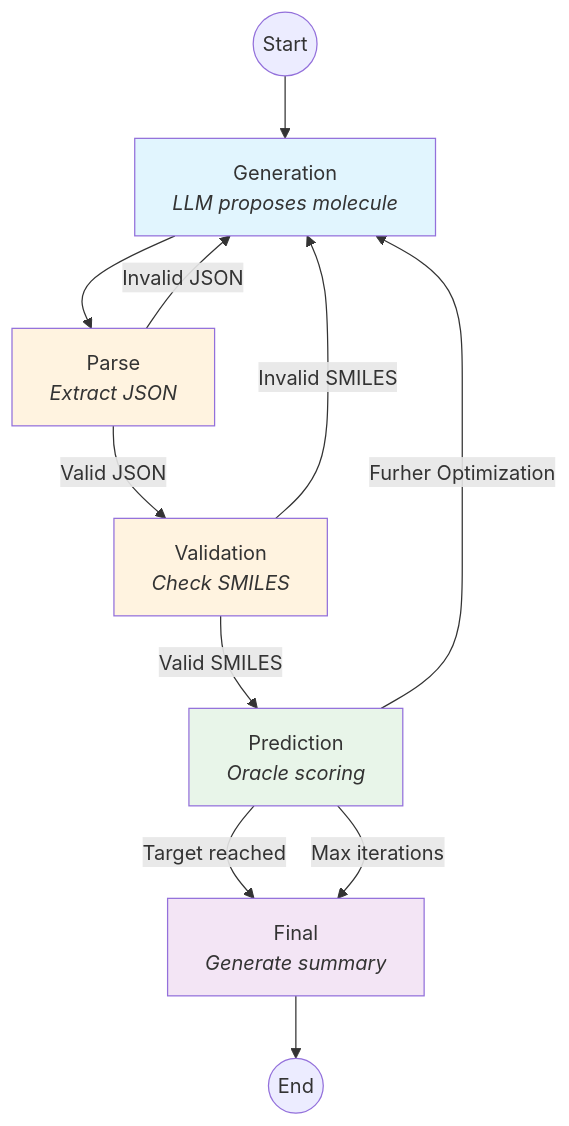
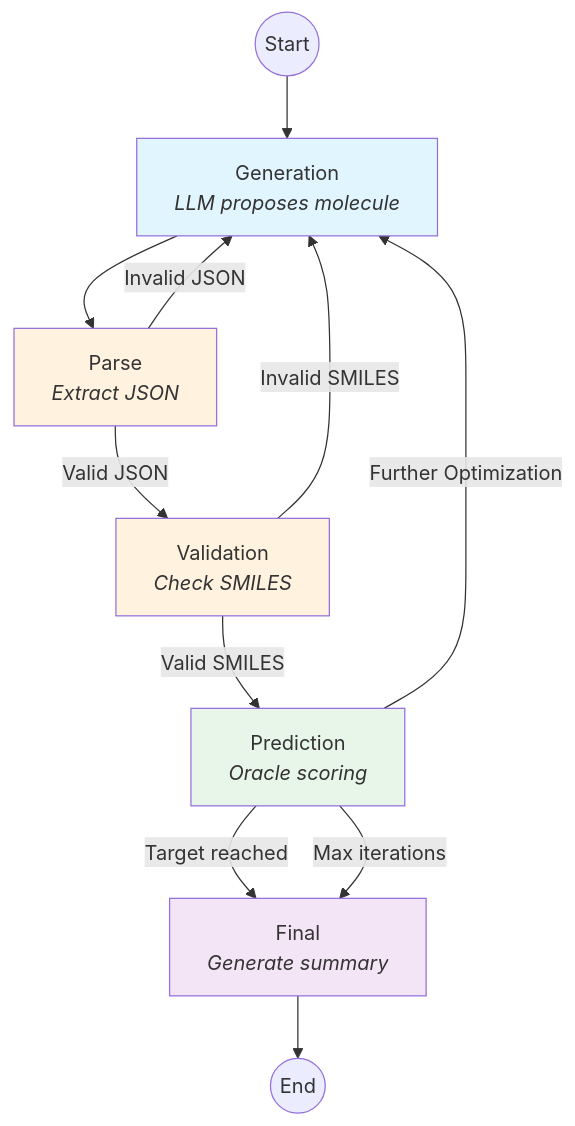
Before and after one commit to FabianKruger/molecule-optimization-agent: the diagram in README.md, drawn with Mermaid.

````diff
--- a/README.md
+++ b/README.md
@@ -7,31 +7,31 @@
 ```mermaid
 flowchart TD
     START((Start)) --> generation
 
     generation[Generation<br/><i>LLM proposes molecule</i>]
     parse[Parse<br/><i>Extract JSON</i>]
     validation[Validation<br/><i>Check SMILES</i>]
     prediction[Prediction<br/><i>Oracle scoring</i>]
     final[Final<br/><i>Generate summary</i>]
     END((End))
 
     generation --> parse
 
     parse -->|Valid JSON| validation
     parse -->|Invalid JSON| generation
 
     validation -->|Valid SMILES| prediction
     validation -->|Invalid SMILES| generation
 
-    prediction -->|Furher Optimization| generation
+    prediction -->|Further Optimization| generation
     prediction -->|Target reached| final
     prediction -->|Max iterations| final
 
     final --> END
 
     style generation fill:#e1f5fe
     style parse fill:#fff3e0
     style validation fill:#fff3e0
     style prediction fill:#e8f5e9
     style final fill:#f3e5f5
 ```
````
